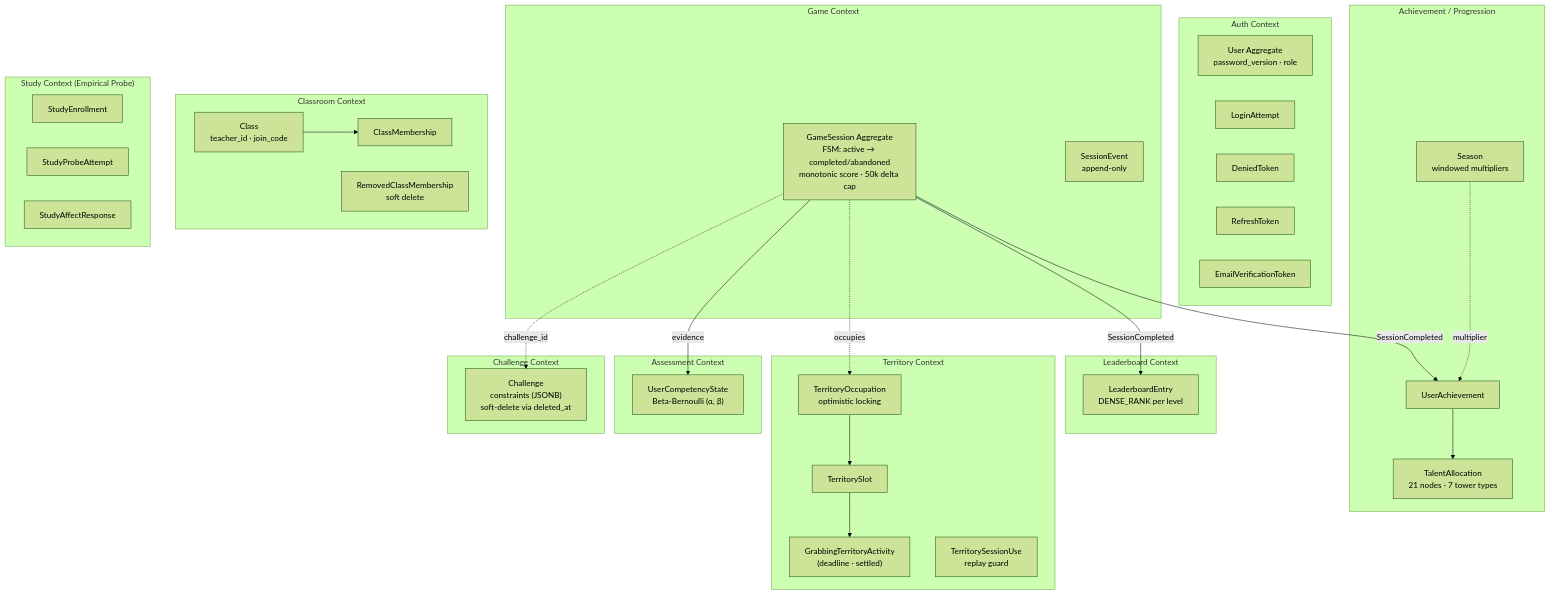
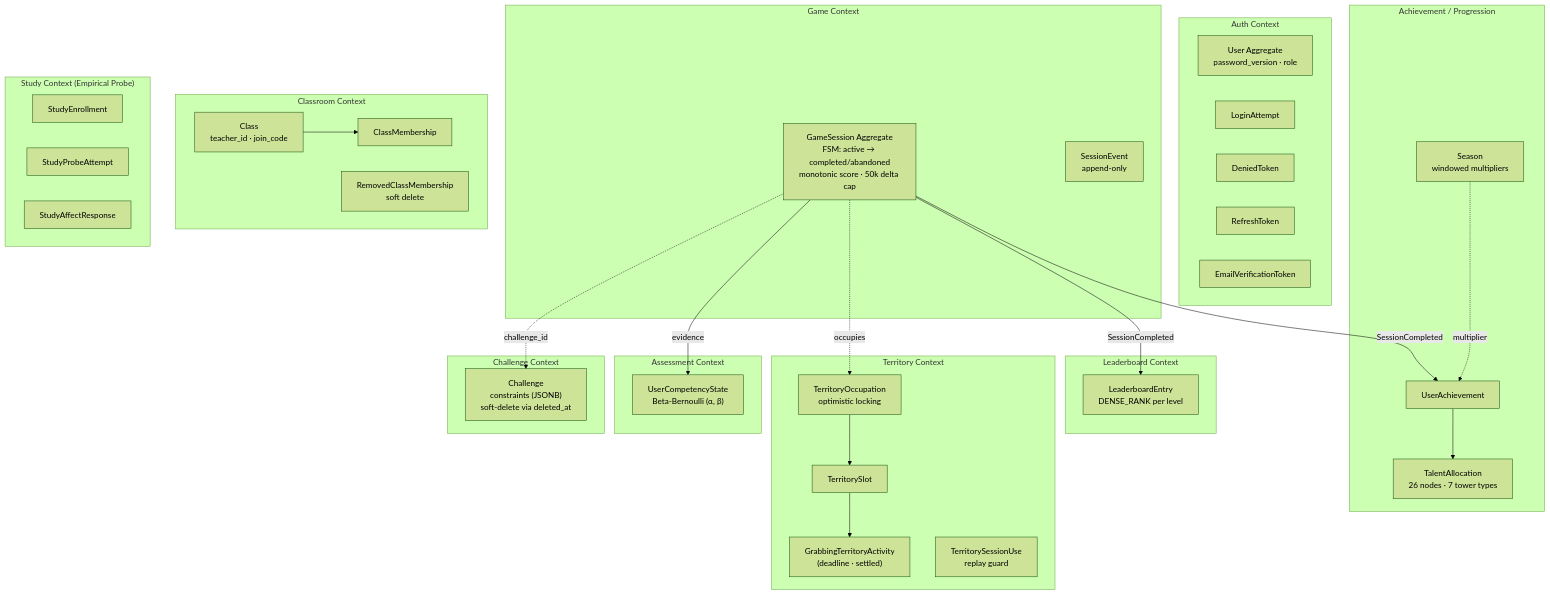
Before and after one commit to 2026-NTNU-Computer-Programming-II-POLS/Math-Defense: the third of 10 diagrams in ARCHITECTURE.md, drawn with Mermaid (forest theme). The commit also changed other lines of this file and 1 other file, not shown here.

````diff
--- a/ARCHITECTURE.md
+++ b/ARCHITECTURE.md
@@ -179,62 +181,62 @@
 ```mermaid
 flowchart TB
     subgraph Auth["Auth Context"]
         U[User Aggregate<br/>password_version · role]
         LA[LoginAttempt]
         DT[DeniedToken]
         RT[RefreshToken]
         EV[EmailVerificationToken]
     end
 
     subgraph Game["Game Context"]
         GS["GameSession Aggregate<br/>FSM: active → completed/abandoned<br/>monotonic score · 50k delta cap"]
         SE[SessionEvent<br/>append-only]
     end
 
     subgraph Lb["Leaderboard Context"]
         LE[LeaderboardEntry<br/>DENSE_RANK per level]
     end
 
     subgraph Ach["Achievement / Progression"]
         UA[UserAchievement]
-        TA[TalentAllocation<br/>21 nodes · 7 tower types]
+        TA[TalentAllocation<br/>26 nodes · 7 tower types]
         SE2[Season<br/>windowed multipliers]
     end
 
     subgraph Class["Classroom Context"]
         C[Class<br/>teacher_id · join_code]
         CM[ClassMembership]
         RCM[RemovedClassMembership<br/>soft delete]
     end
 
     subgraph Terr["Territory Context"]
         GTA["GrabbingTerritoryActivity<br/>(deadline · settled)"]
         TS[TerritorySlot]
         TO[TerritoryOccupation<br/>optimistic locking]
         TSU[TerritorySessionUse<br/>replay guard]
     end
 
     subgraph Assess["Assessment Context"]
         UCS["UserCompetencyState<br/>Beta-Bernoulli (α, β)"]
     end
 
     subgraph Study["Study Context (Empirical Probe)"]
         SEN[StudyEnrollment]
         SPA[StudyProbeAttempt]
         SAR[StudyAffectResponse]
     end
 
     subgraph Chal["Challenge Context"]
         CH["Challenge<br/>constraints (JSONB)<br/>soft-delete via deleted_at"]
     end
 
     GS -- SessionCompleted --> LE
     GS -- SessionCompleted --> UA
     UA --> TA
     SE2 -. multiplier .-> UA
     GS -- evidence --> UCS
     GS -. occupies .-> TO
     TO --> TS --> GTA
     C --> CM
     GS -. challenge_id .-> CH
 ```
````
